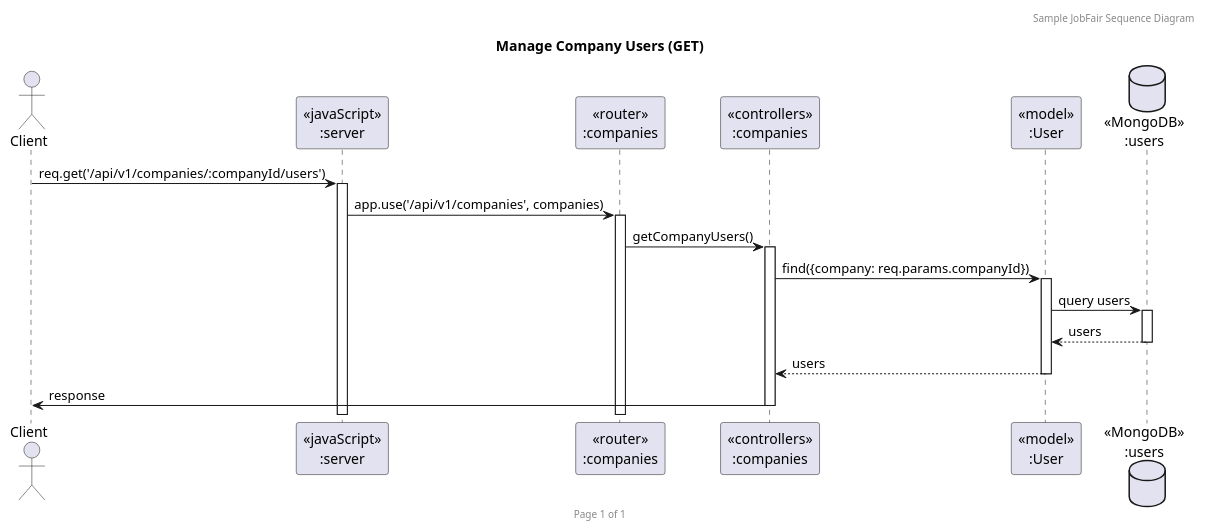
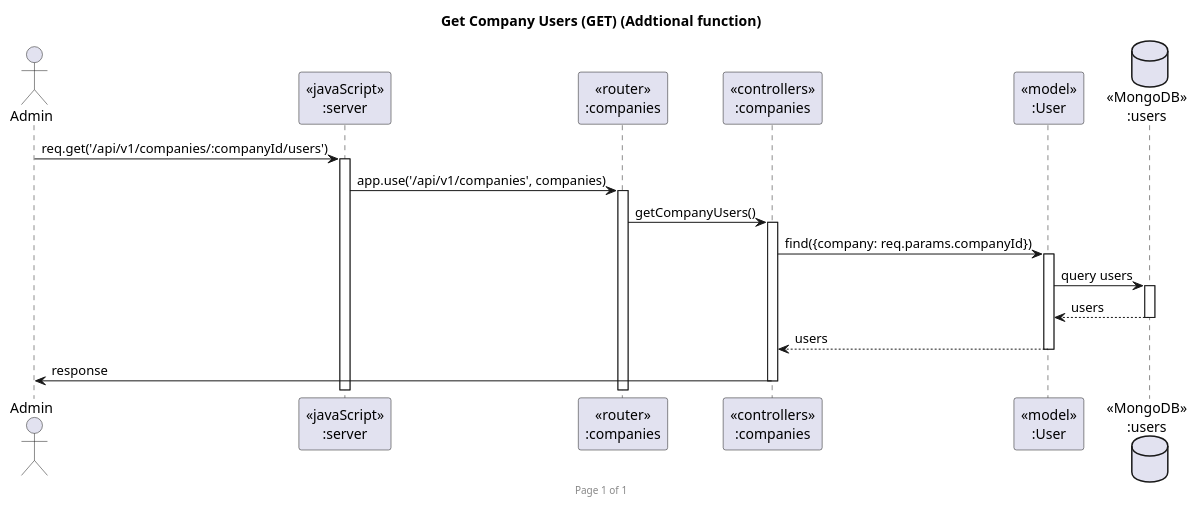
One commit to 2110503-CEDT68/be-project-68-vacq changed the tenth of 15 diagrams in uml/sequence-diagram.puml. Above: the diagram before and after it, drawn with PlantUML. The commit also changed other lines of this file and 27 other files, not shown here.

Commit message:
Edit sequence diagram

```diff
--- a/uml/sequence-diagram.puml
+++ b/uml/sequence-diagram.puml
@@ -211,23 +202,22 @@
-@startuml Manage Company Users (GET)
+@startuml Get Company Users (GET) (Addtional function)
 
-header Sample JobFair Sequence Diagram
 footer Page %page% of %lastpage%
-title "Manage Company Users (GET)"
+title "Get Company Users (GET) (Addtional function)"
 
-actor "Client" as client
+actor "Admin" as client
 participant "<<javaScript>>\n:server" as server
 participant "<<router>>\n:companies" as routerCompanies
 participant "<<controllers>>\n:companies" as controllersCompanies
 participant "<<model>>\n:User" as modelUser
 database "<<MongoDB>>\n:users" as UsersDatabase
 
 client->server ++: req.get('/api/v1/companies/:companyId/users')
 server->routerCompanies ++: app.use('/api/v1/companies', companies)
 routerCompanies -> controllersCompanies ++: getCompanyUsers()
 controllersCompanies->modelUser ++: find({company: req.params.companyId})
 modelUser ->UsersDatabase ++: query users
 UsersDatabase --> modelUser --: users
 controllersCompanies <-- modelUser --: users
 controllersCompanies->client --: response
 
 @enduml
```
